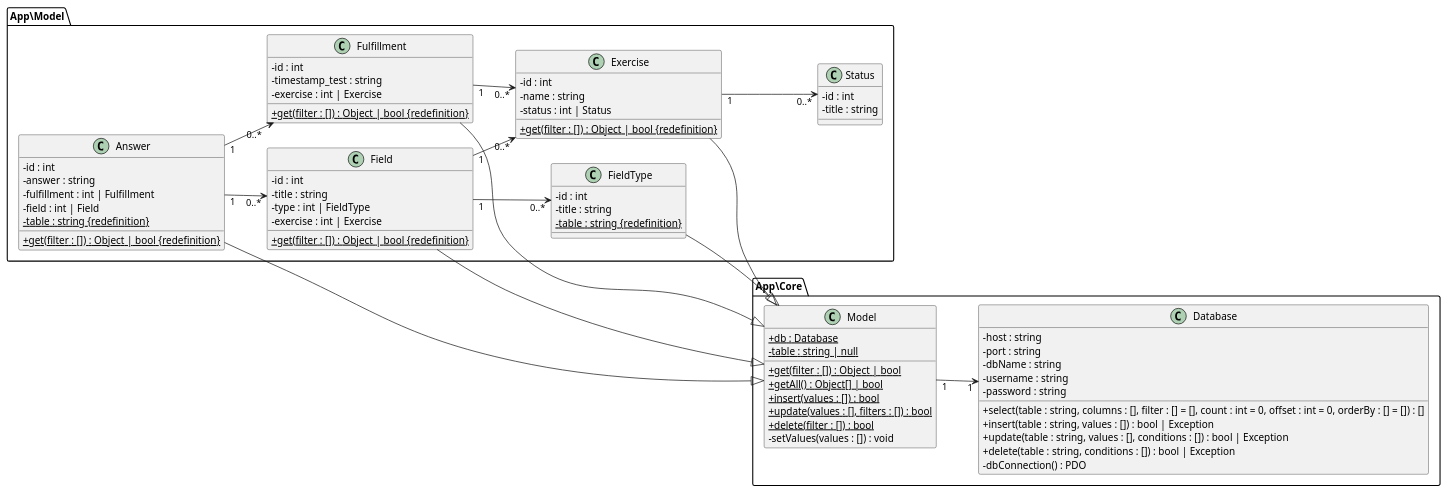
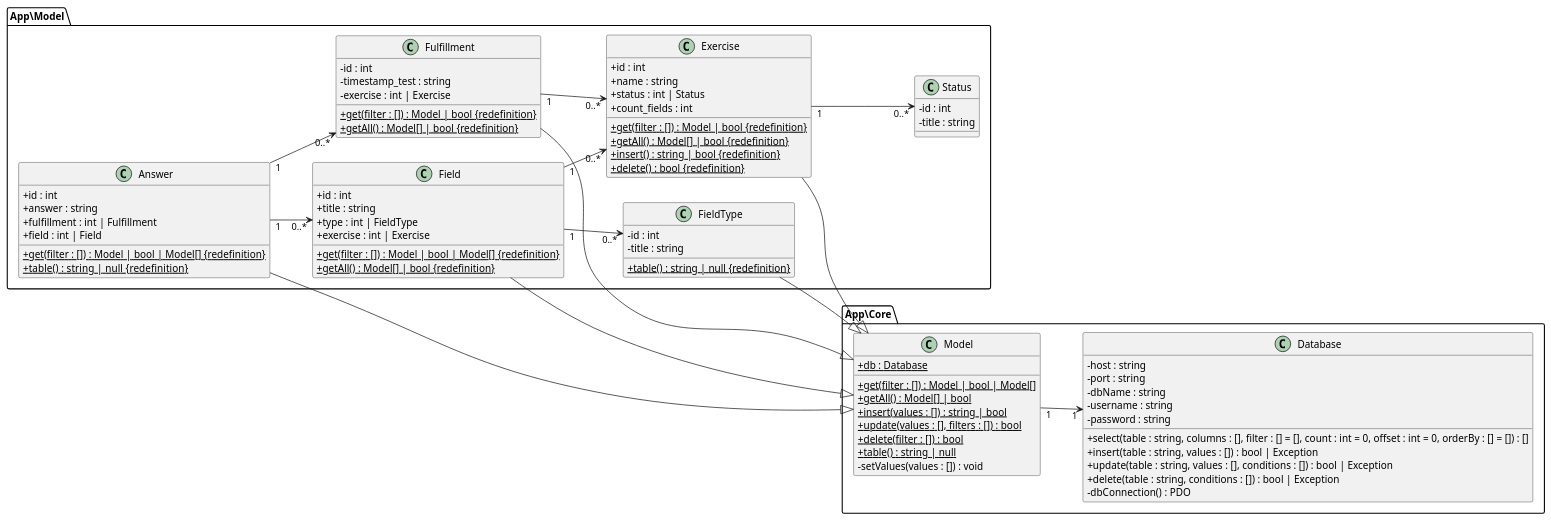
Before and after one commit to CPNV-ES/MAW_Looper_DDS-GWI: the diagram in docs/ClassDiagram.puml, drawn with PlantUML.

Commit message:
docs: Update ClassDiagram to meet the new methods

```diff
--- a/docs/ClassDiagram.puml
+++ b/docs/ClassDiagram.puml
@@ -1,90 +1,96 @@
 @startuml
 
 skinparam classAttributeIconSize 0
 left to right direction
 
 package App\Core{
     class Model {
         + {static} db : Database
-        - {static} table : string | null
-        + {static} get(filter : []) : Object | bool
-        + {static} getAll() : Object[] | bool
-        + {static} insert(values : []) : bool
+        + {static} get(filter : []) : Model | bool | Model[]
+        + {static} getAll() : Model[] | bool
+        + {static} insert(values : []) : string | bool
         + {static} update(values : [], filters : []) : bool
         + {static} delete(filter : []) : bool
+        + {static} table() : string | null
         - setValues(values : []) : void
     }
 
     class Database {
         - host : string
         - port : string
         - dbName : string
         - username : string
         - password : string
         + select(table : string, columns : [], filter : [] = [], count : int = 0, offset : int = 0, orderBy : [] = []) : []
         + insert(table : string, values : []) : bool | Exception
         + update(table : string, values : [], conditions : []) : bool | Exception
         + delete(table : string, conditions : []) : bool | Exception
         - dbConnection() : PDO
     }
 
     Model "1" --> "1" Database
 }
 
 package App\Model{
     class Answer{
-        - id : int
-        - answer : string
-        - fulfillment : int | Fulfillment
-        - field : int | Field
-        - {static} table : string {redefinition}
-        + {static} get(filter : []) : Object | bool {redefinition}
+        + id : int
+        + answer : string
+        + fulfillment : int | Fulfillment
+        + field : int | Field
+        + {static} get(filter : []) : Model | bool | Model[] {redefinition}
+        + {static} table() : string | null  {redefinition}
     }
     Answer "1" --> "0..*" Fulfillment
     Answer "1" --> "0..*" Field
 
     class Field{
-        - id : int
-        - title : string
-        - type : int | FieldType
-        - exercise : int | Exercise
-        + {static} get(filter : []) : Object | bool {redefinition}
+        + id : int
+        + title : string
+        + type : int | FieldType
+        + exercise : int | Exercise
+        + {static} get(filter : []) : Model | bool | Model[] {redefinition}
+        + {static} getAll() : Model[] | bool {redefinition}
     }
     Field "1" --> "0..*" FieldType
     Field "1" --> "0..*" Exercise
 
     class Exercise{
-        - id : int
-        - name : string
-        - status : int | Status
-        + {static} get(filter : []) : Object | bool {redefinition}
+        + id : int
+        + name : string
+        + status : int | Status
+        + count_fields : int
+        + {static} get(filter : []) : Model | bool {redefinition}
+        + {static} getAll() : Model[] | bool {redefinition}
+        + {static} insert() : string | bool {redefinition}
+        + {static} delete() : bool {redefinition}
     }
     Exercise "1" --> "0..*" Status
 
     class FieldType{
         - id : int
         - title : string
-        - {static} table : string {redefinition}
+        + {static} table() : string | null {redefinition}
     }
 
     class Fulfillment{
         - id : int
         - timestamp_test : string
         - exercise : int | Exercise
-        + {static} get(filter : []) : Object | bool {redefinition}
+        + {static} get(filter : []) : Model | bool {redefinition}
+        + {static} getAll() : Model[] | bool {redefinition}
     }
     Fulfillment "1" --> "0..*" Exercise
 
     class Status{
         - id : int
         - title : string
     }
 }
 
 Answer --|> Model
 Field --|> Model
 Exercise --|> Model
 FieldType --|> Model
 Fulfillment --|> Model
 
 @enduml
```
